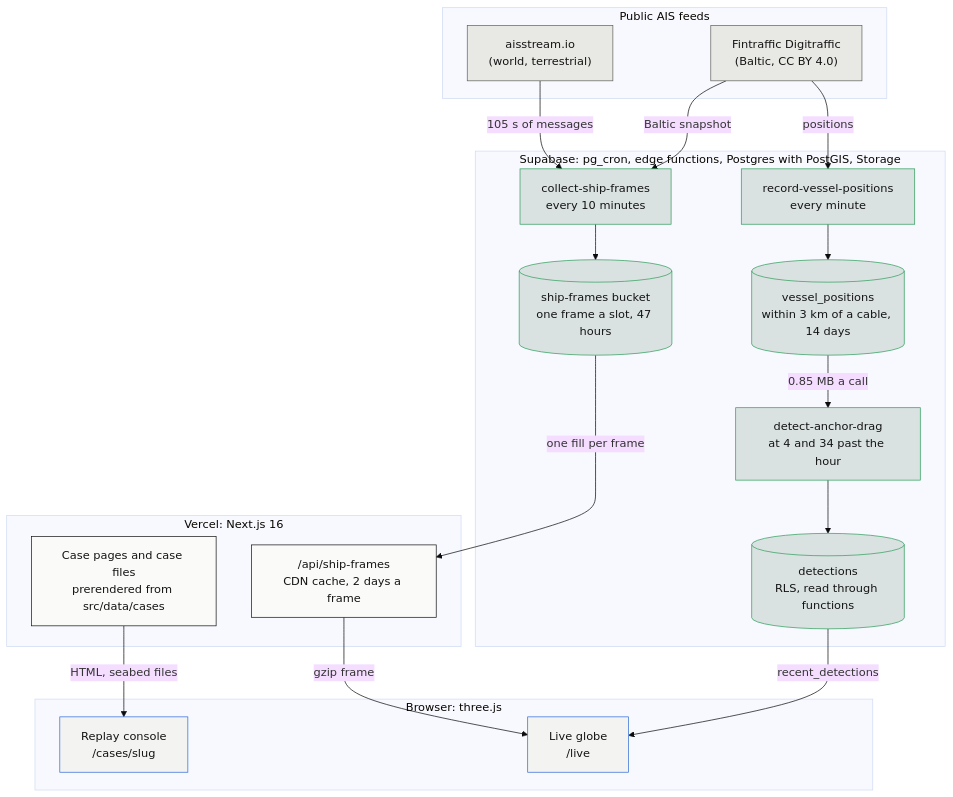
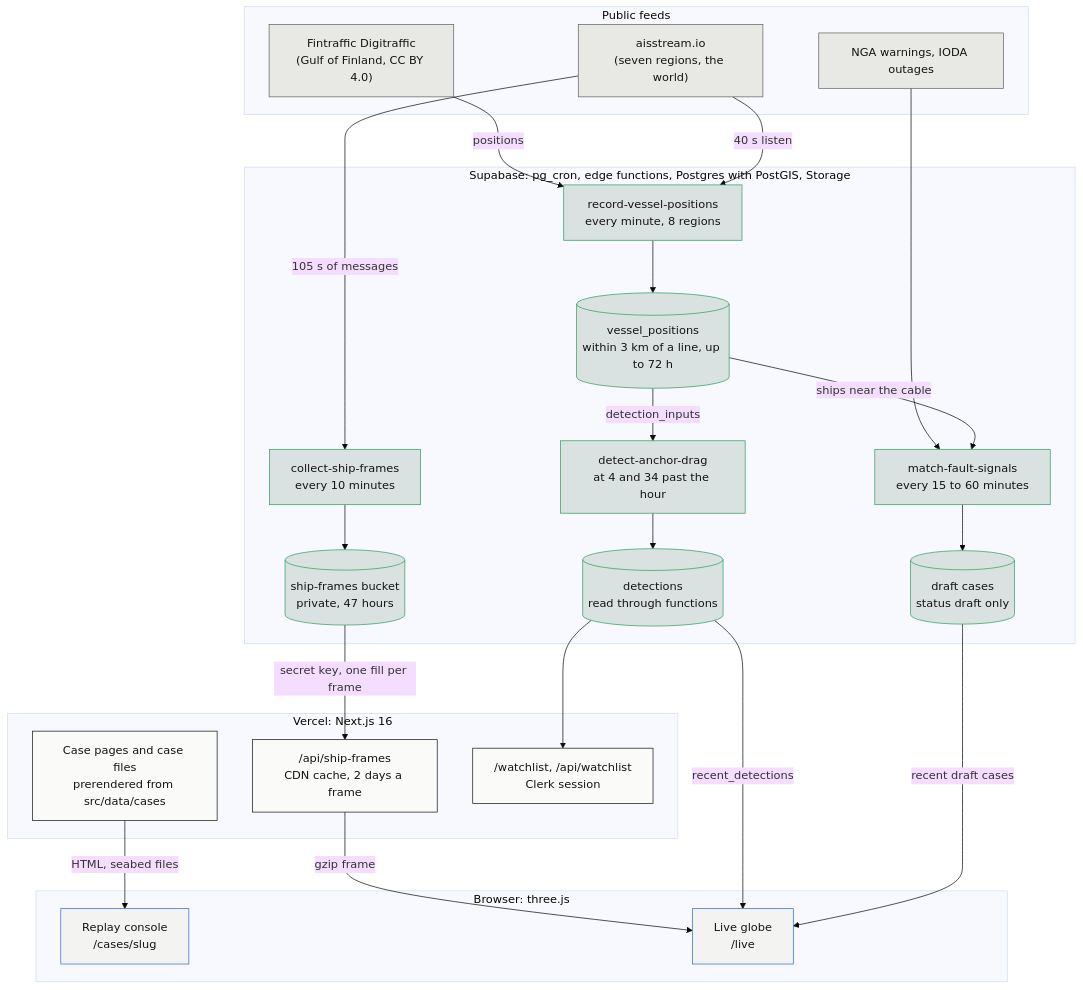
One commit to Andy00L/cabletrace changed the diagram in README.md. Above: the diagram before and after it, drawn with Mermaid (base theme). The commit also changed other lines of this file and 1 other file, not shown here.

First line of the commit message:
Bring the README up to ten cases, eight regions and today's honest numbers (#33)

````diff
--- a/README.md
+++ b/README.md
@@ -63,38 +77,46 @@
 ```mermaid
 flowchart TD
-    subgraph feeds["Public AIS feeds"]
-        digitraffic["Fintraffic Digitraffic<br>(Baltic, CC BY 4.0)"]
-        aisstream["aisstream.io<br>(world, terrestrial)"]
+    subgraph feeds["Public feeds"]
+        digitraffic["Fintraffic Digitraffic<br>(Gulf of Finland, CC BY 4.0)"]
+        aisstream["aisstream.io<br>(seven regions, the world)"]
+        faultFeeds["NGA warnings, IODA outages"]
     end
     subgraph supabase["Supabase: pg_cron, edge functions, Postgres with PostGIS, Storage"]
-        recorder["record-vessel-positions<br>every minute"]
-        positions[("vessel_positions<br>within 3 km of a cable, 14 days")]
+        recorder["record-vessel-positions<br>every minute, 8 regions"]
+        positions[("vessel_positions<br>within 3 km of a line, up to 72 h")]
         detector["detect-anchor-drag<br>at 4 and 34 past the hour"]
-        detections[("detections<br>RLS, read through functions")]
+        detections[("detections<br>read through functions")]
+        matcher["match-fault-signals<br>every 15 to 60 minutes"]
+        drafts[("draft cases<br>status draft only")]
         collector["collect-ship-frames<br>every 10 minutes"]
-        frames[("ship-frames bucket<br>one frame a slot, 47 hours")]
+        frames[("ship-frames bucket<br>private, 47 hours")]
     end
     subgraph vercel["Vercel: Next.js 16"]
         cases["Case pages and case files<br>prerendered from src/data/cases"]
         frameRoute["/api/ship-frames<br>CDN cache, 2 days a frame"]
+        watchRoute["/watchlist, /api/watchlist<br>Clerk session"]
     end
     subgraph browser["Browser: three.js"]
         replay["Replay console<br>/cases/slug"]
         globe["Live globe<br>/live"]
     end
-    digitraffic -->|"positions"| recorder --> positions
-    positions -->|"0.85 MB a call"| detector --> detections
-    aisstream -->|"105 s of messages"| collector
-    digitraffic -->|"Baltic snapshot"| collector --> frames
-    frames -->|"one fill per frame"| frameRoute -->|"gzip frame"| globe
+    digitraffic -->|"positions"| recorder
+    aisstream -->|"40 s listen"| recorder --> positions
+    positions -->|"detection_inputs"| detector --> detections
+    faultFeeds --> matcher --> drafts
+    positions -->|"ships near the cable"| matcher
+    aisstream -->|"105 s of messages"| collector --> frames
+    frames -->|"secret key, one fill per frame"| frameRoute -->|"gzip frame"| globe
     detections -->|"recent_detections"| globe
+    drafts -->|"recent draft cases"| globe
+    detections --> watchRoute
     cases -->|"HTML, seabed files"| replay
     classDef feedSide fill:#E8E8E5,stroke:#62625D,color:#141414
     classDef dataSide fill:#DAE2E1,stroke:#2E9E5B,color:#141414
     classDef siteSide fill:#FAFAF8,stroke:#141414,color:#141414
     classDef browserSide fill:#F3F3F1,stroke:#2F6BD8,color:#141414
-    class digitraffic,aisstream feedSide
-    class recorder,positions,detector,detections,collector,frames dataSide
-    class cases,frameRoute siteSide
+    class digitraffic,aisstream,faultFeeds feedSide
+    class recorder,positions,detector,detections,matcher,drafts,collector,frames dataSide
+    class cases,frameRoute,watchRoute siteSide
     class replay,globe browserSide
 ```
````
